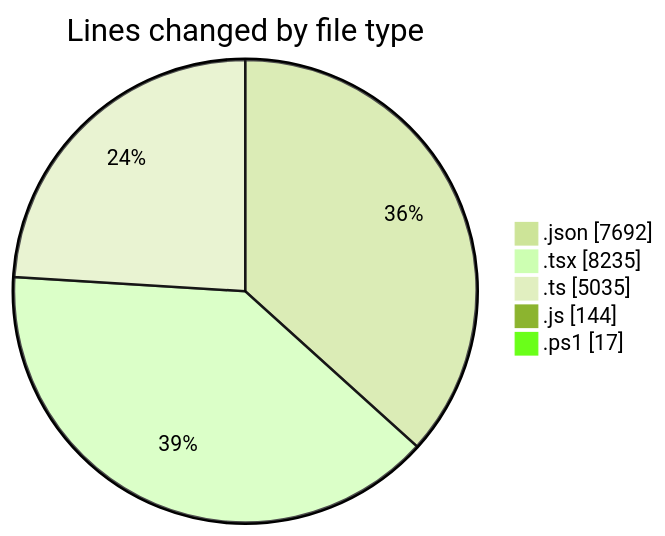
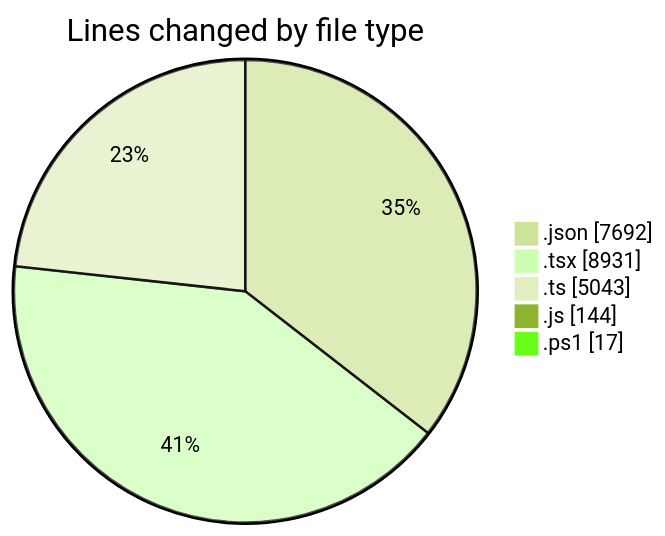
The first of 2 diagrams in 2025-06-10/ecodeli-1/README.md (CELIANVF/code-tracking), drawn with Mermaid (forest theme) before and after one commit. The commit also changed other lines of this file and 1 other file, not shown here.

````diff
--- a/2025-06-10/ecodeli-1/README.md
+++ b/2025-06-10/ecodeli-1/README.md
@@ -65,9 +68,9 @@
 ```mermaid
 pie showData
 title Lines changed by file type
 ".json" : 7692
-".tsx" : 8235
-".ts" : 5035
+".tsx" : 8931
+".ts" : 5043
 ".js" : 144
 ".ps1" : 17
 ```
````
